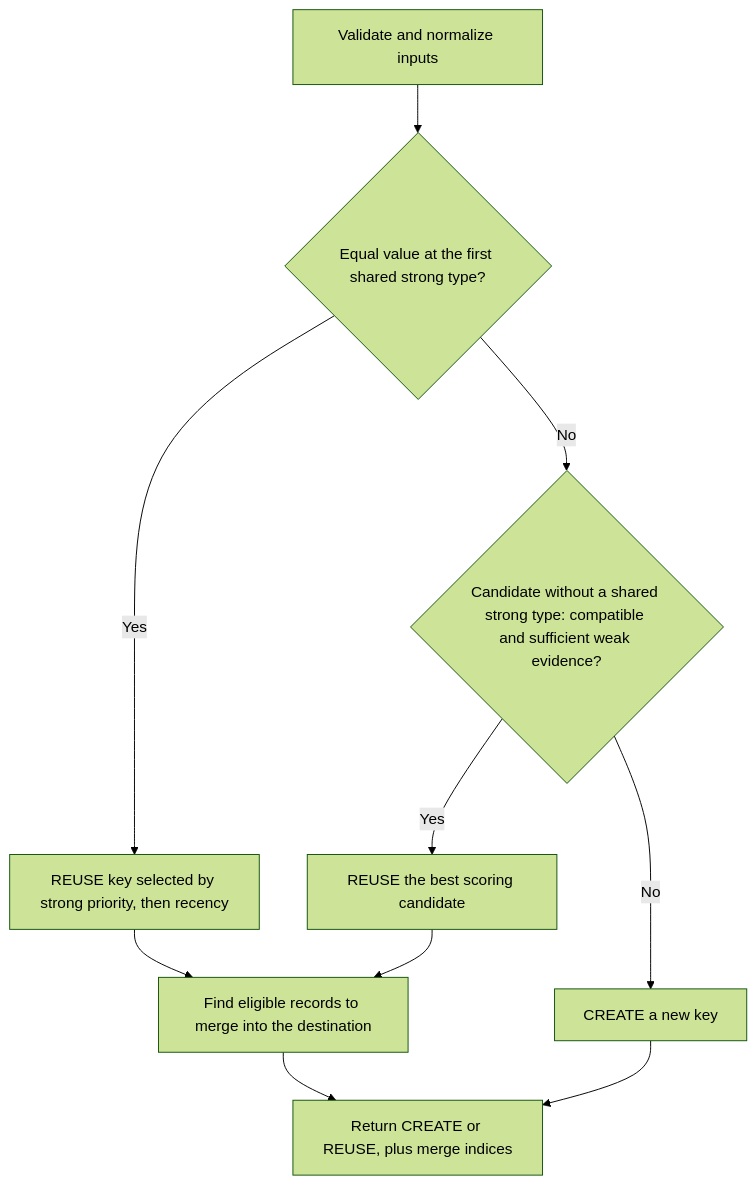
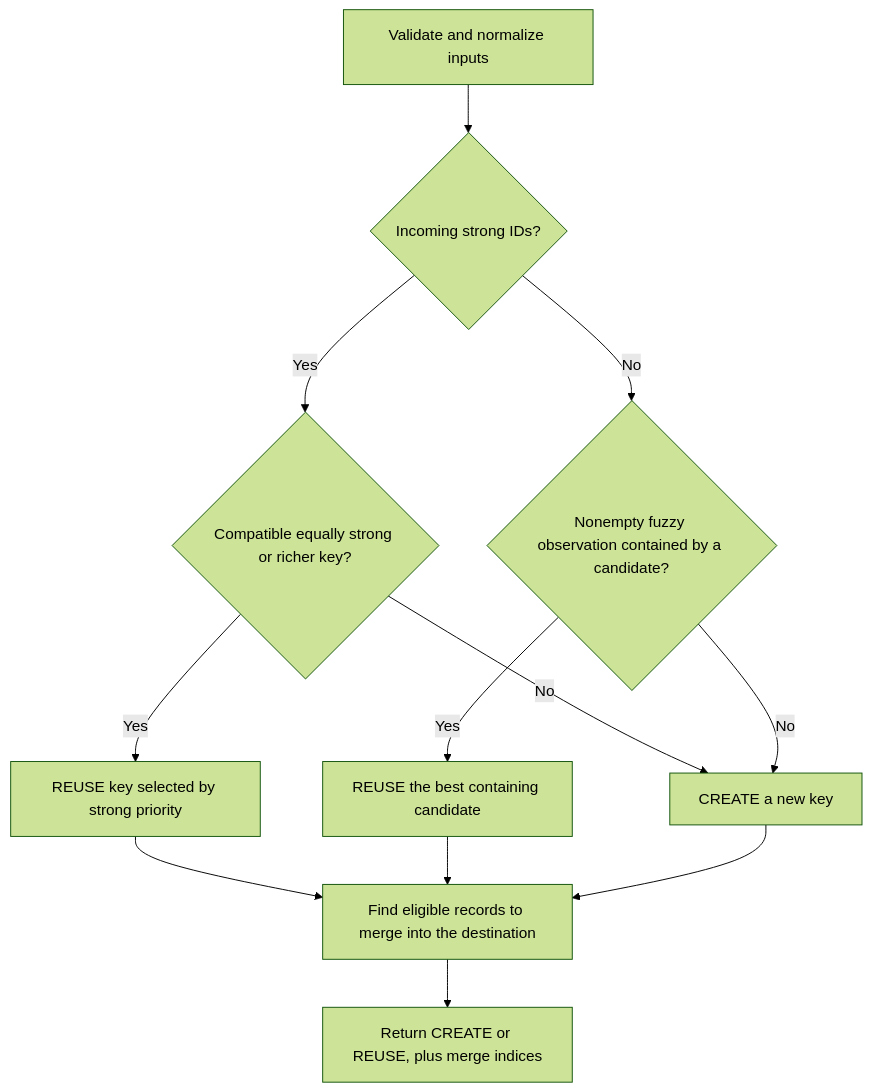
Before and after one commit to greenbone/asset-identity: the diagram in docs/how-asset-identity-works.md, drawn with Mermaid (forest theme). The commit also changed other lines of this file and 21 other files, not shown here.

````diff
--- a/docs/how-asset-identity-works.md
+++ b/docs/how-asset-identity-works.md
@@ -153,12 +154,14 @@
 ```mermaid
 flowchart TD
-    A[Validate and normalize inputs] --> B{Equal value at the first shared strong type?}
-    B -- Yes --> D[REUSE key selected by strong priority, then recency]
-    B -- No --> F{Candidate without a shared strong type: compatible and sufficient weak evidence?}
-    F -- Yes --> G[REUSE the best scoring candidate]
-    F -- No --> E[CREATE a new key]
+    A[Validate and normalize inputs] --> B{Incoming strong IDs?}
+    B -- Yes --> C{Compatible equally strong or richer key?}
+    C -- Yes --> D[REUSE key selected by strong priority]
+    C -- No --> E[CREATE a new key]
+    B -- No --> F{Nonempty fuzzy observation contained by a candidate?}
+    F -- Yes --> G[REUSE the best containing candidate]
+    F -- No --> E
     D --> H[Find eligible records to merge into the destination]
     G --> H
-    E --> I[Return CREATE or REUSE, plus merge indices]
-    H --> I
+    E --> H
+    H --> I[Return CREATE or REUSE, plus merge indices]
 ```
````
